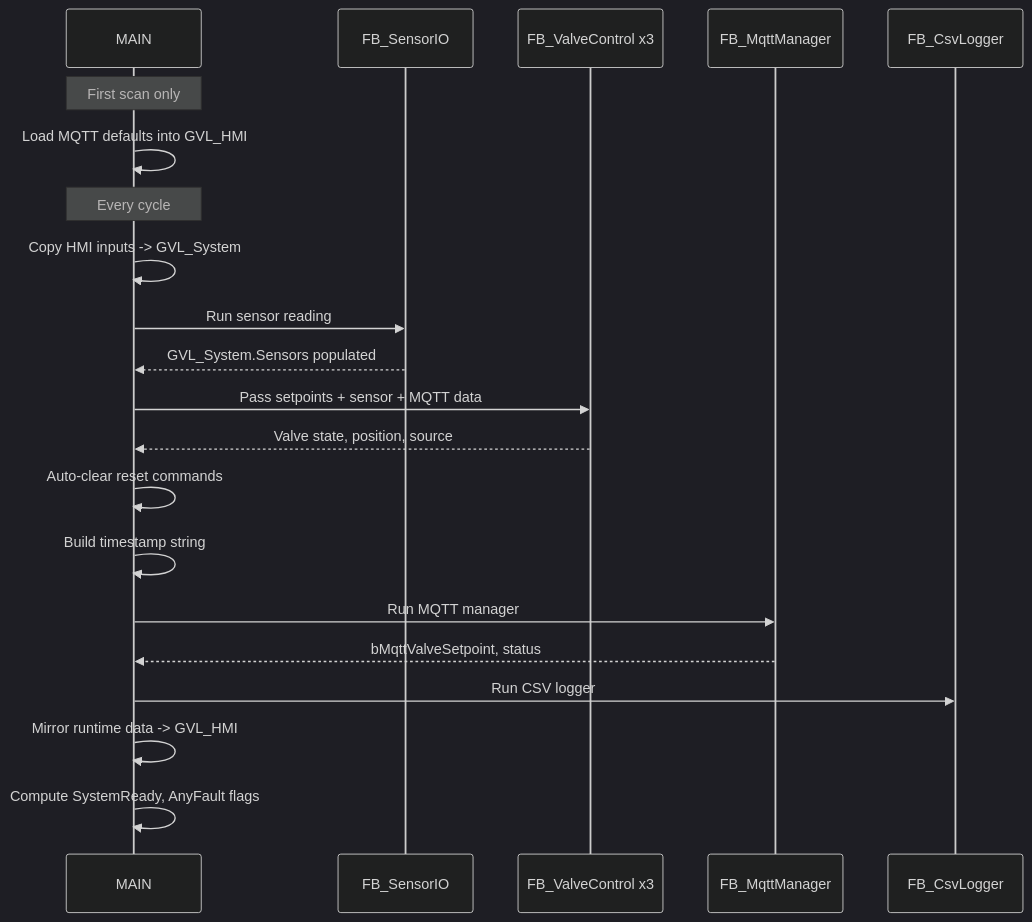
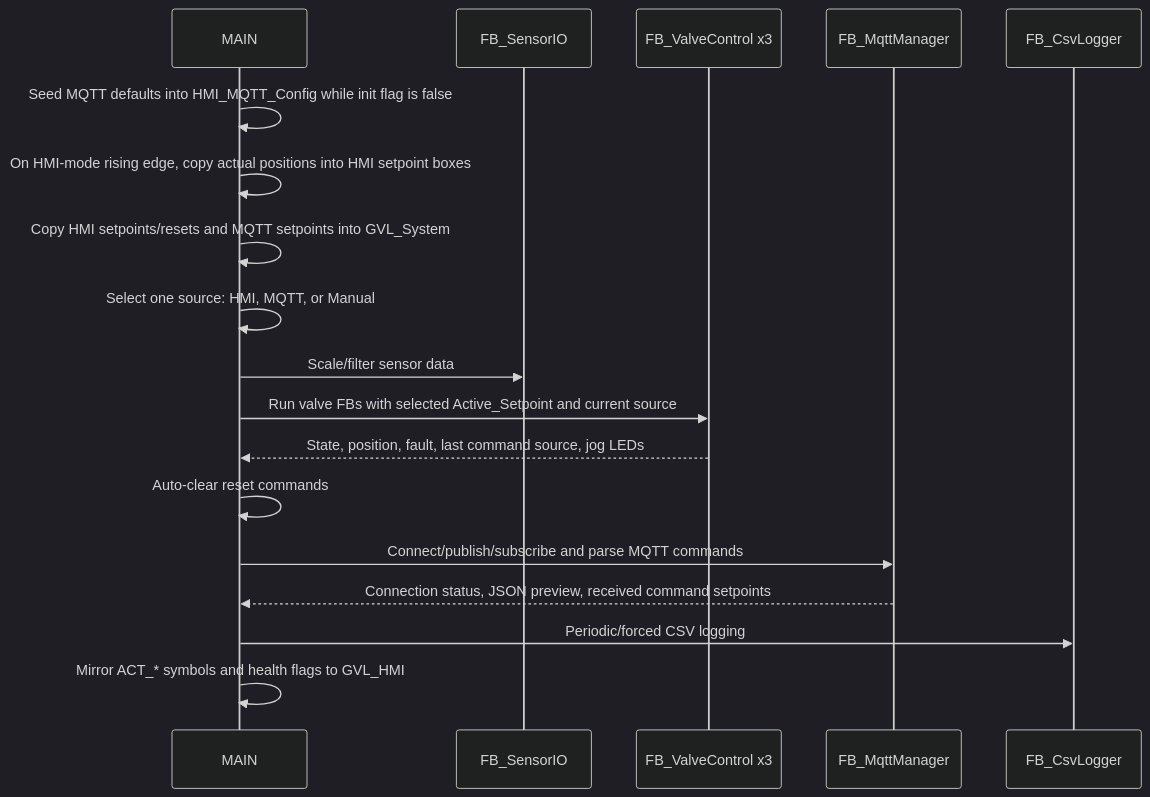
Before and after one commit to Awais-Mughal/Veksi_Project: the second of 2 diagrams in docs/ARCHITECTURE.md, drawn with Mermaid (dark theme). The commit also changed other lines of this file and 10 other files, not shown here.

````diff
--- a/docs/ARCHITECTURE.md
+++ b/docs/ARCHITECTURE.md
@@ -73,24 +54,21 @@
 ```mermaid
 sequenceDiagram
-    participant MAIN
-    participant SensorIO as FB_SensorIO
-    participant Valve as FB_ValveControl x3
-    participant MQTT as FB_MqttManager
-    participant CSV as FB_CsvLogger
+    participant M as MAIN
+    participant S as FB_SensorIO
+    participant V as FB_ValveControl x3
+    participant Q as FB_MqttManager
+    participant C as FB_CsvLogger
 
-    Note over MAIN: First scan only
-    MAIN->>MAIN: Load MQTT defaults into GVL_HMI
-    Note over MAIN: Every cycle
-    MAIN->>MAIN: Copy HMI inputs -> GVL_System
-    MAIN->>SensorIO: Run sensor reading
-    SensorIO-->>MAIN: GVL_System.Sensors populated
-    MAIN->>Valve: Pass setpoints + sensor + MQTT data
-    Valve-->>MAIN: Valve state, position, source
-    MAIN->>MAIN: Auto-clear reset commands
-    MAIN->>MAIN: Build timestamp string
-    MAIN->>MQTT: Run MQTT manager
-    MQTT-->>MAIN: bMqttValveSetpoint, status
-    MAIN->>CSV: Run CSV logger
-    MAIN->>MAIN: Mirror runtime data -> GVL_HMI
-    MAIN->>MAIN: Compute SystemReady, AnyFault flags
+    M->>M: Seed MQTT defaults into HMI_MQTT_Config while init flag is false
+    M->>M: On HMI-mode rising edge, copy actual positions into HMI setpoint boxes
+    M->>M: Copy HMI setpoints/resets and MQTT setpoints into GVL_System
+    M->>M: Select one source: HMI, MQTT, or Manual
+    M->>S: Scale/filter sensor data
+    M->>V: Run valve FBs with selected Active_Setpoint and current source
+    V-->>M: State, position, fault, last command source, jog LEDs
+    M->>M: Auto-clear reset commands
+    M->>Q: Connect/publish/subscribe and parse MQTT commands
+    Q-->>M: Connection status, JSON preview, received command setpoints
+    M->>C: Periodic/forced CSV logging
+    M->>M: Mirror ACT_* symbols and health flags to GVL_HMI
 ```
````
